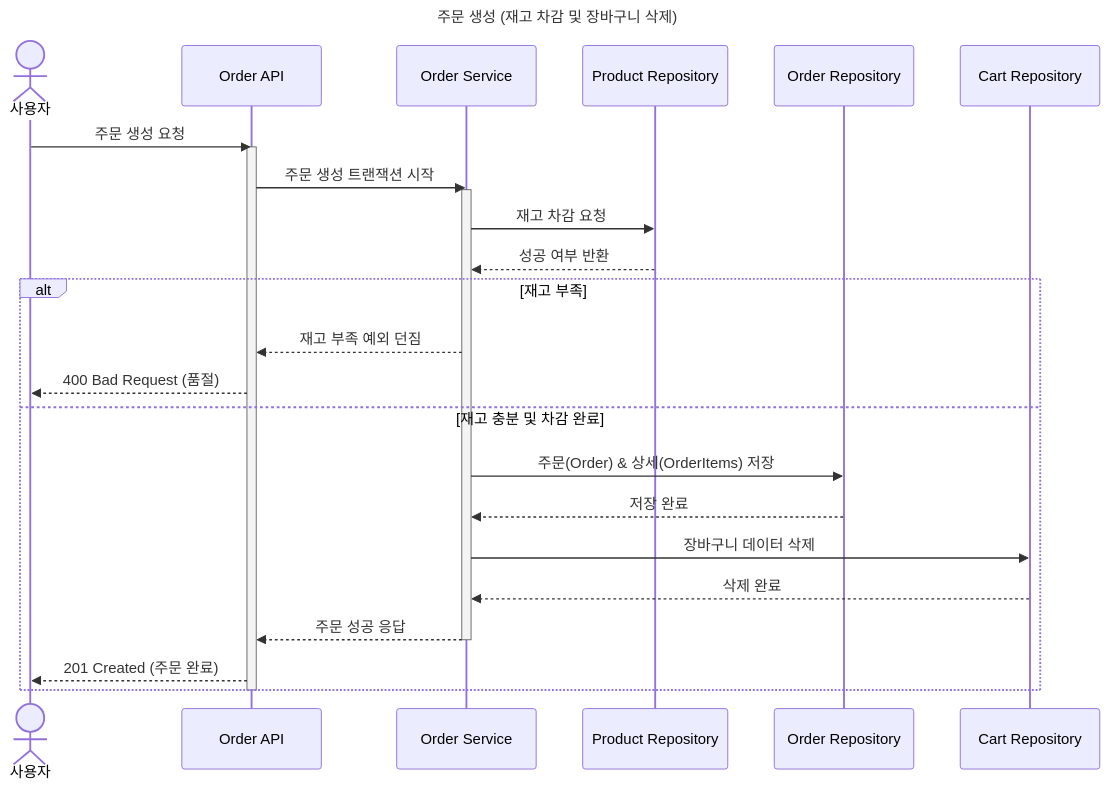
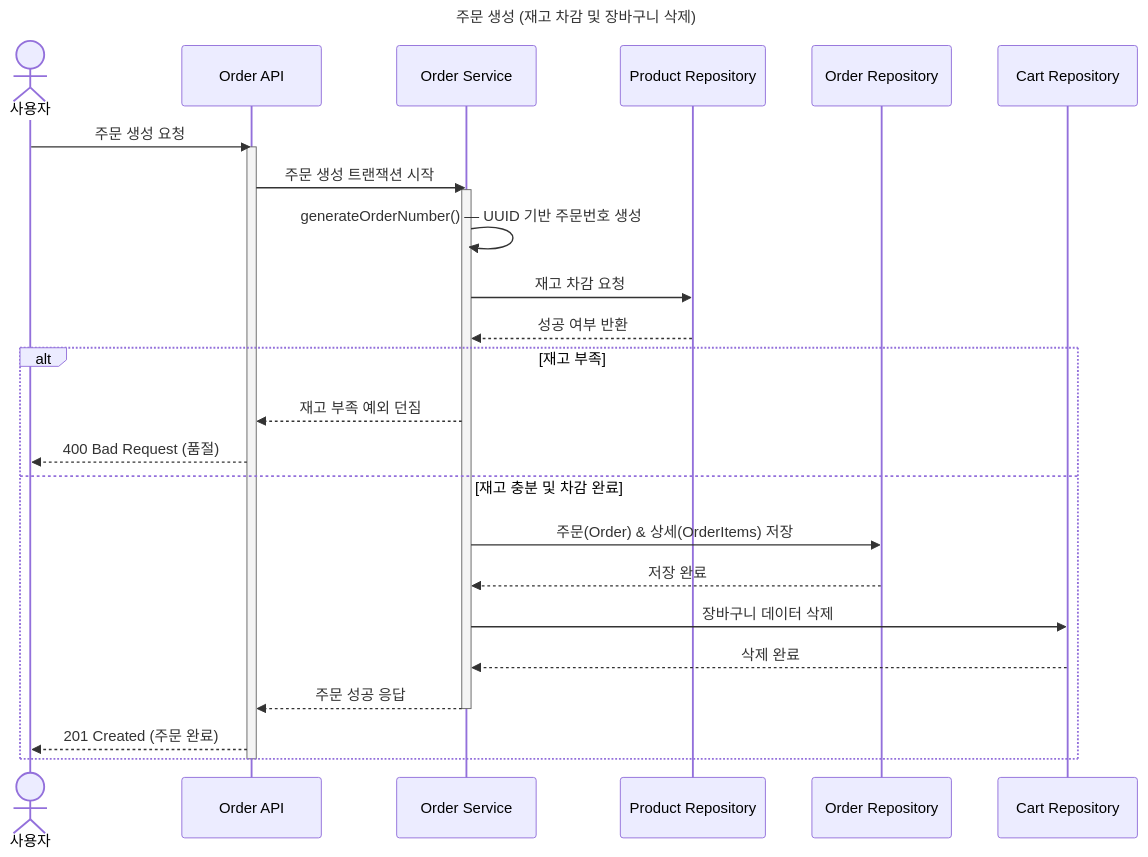
One commit to hyejin0810/loop-pack-be-l2-vol3-java changed the second of 3 diagrams in docs/design/02-sequence-diagrams.md. Above: the diagram before and after it, drawn with Mermaid. The commit also changed other lines of this file and 3 other files, not shown here.

````diff
--- a/docs/design/02-sequence-diagrams.md
+++ b/docs/design/02-sequence-diagrams.md
@@ -53,38 +54,39 @@
 ```mermaid
 
 sequenceDiagram
 title 주문 생성 (재고 차감 및 장바구니 삭제)
 
     actor User as 사용자
     participant API as Order API
     participant Service as Order Service
     participant ProdRepo as Product Repository
     participant OrderRepo as Order Repository
     participant CartRepo as Cart Repository
 
     User->>API: 주문 생성 요청
     activate API
 
     API->>Service: 주문 생성 트랜잭션 시작
     activate Service
 
+    Service->>Service: generateOrderNumber() — UUID 기반 주문번호 생성
     Service->>ProdRepo: 재고 차감 요청
 
     ProdRepo-->>Service: 성공 여부 반환
 
     alt 재고 부족
         Service-->>API: 재고 부족 예외 던짐
         API-->>User: 400 Bad Request (품절)
     else 재고 충분 및 차감 완료
         Service->>OrderRepo: 주문(Order) & 상세(OrderItems) 저장
         OrderRepo-->>Service: 저장 완료
 
         Service->>CartRepo: 장바구니 데이터 삭제
         CartRepo-->>Service: 삭제 완료
 
         Service-->>API: 주문 성공 응답
         deactivate Service
         API-->>User: 201 Created (주문 완료)
     end
     deactivate API
 ```
````
